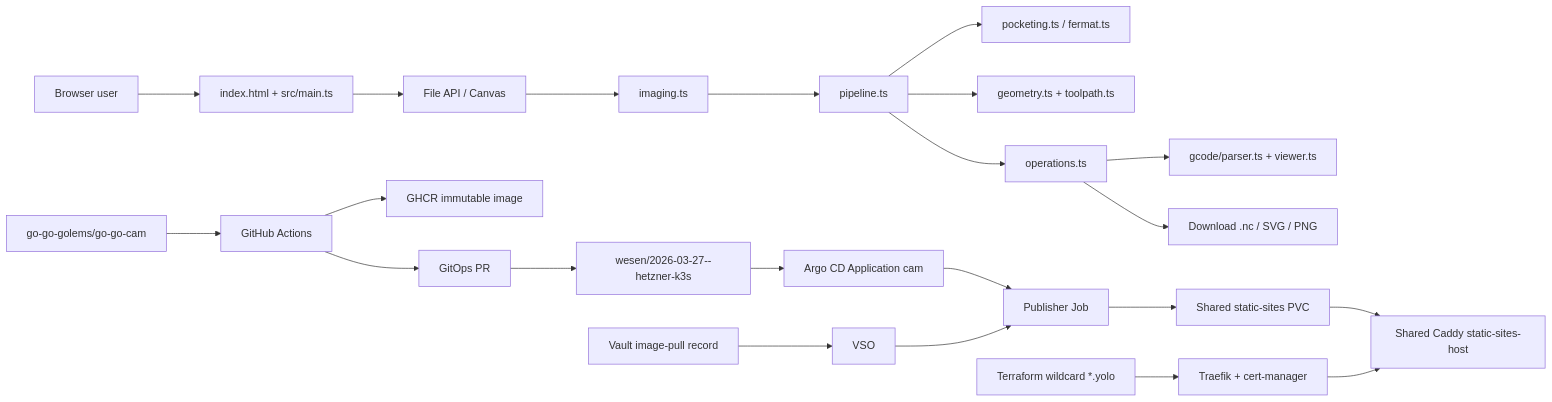
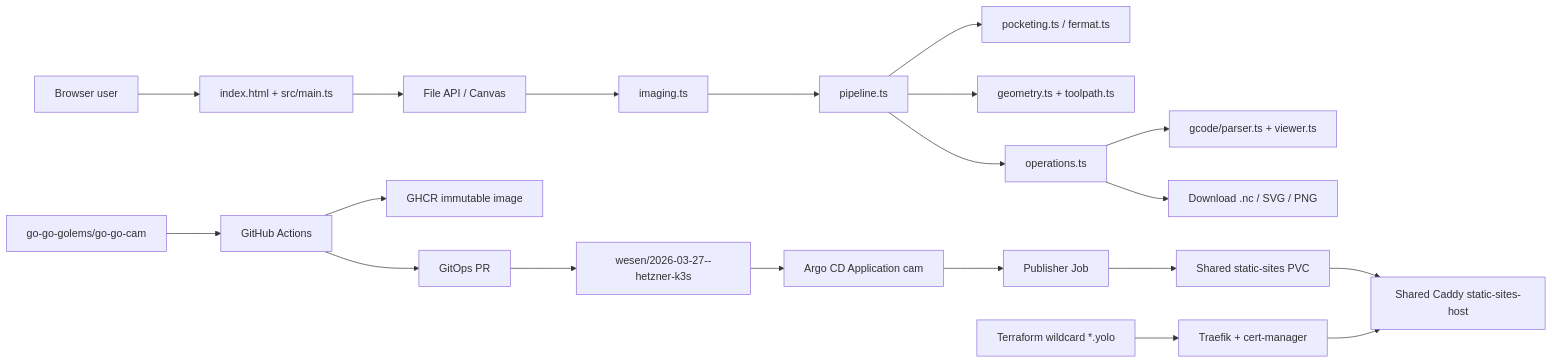
One commit to go-go-golems/go-go-cam changed the diagram in ttmp/2026/08/01/MILL-05--production-deployment-of-abs-bicolor-v-engraver-to-cam-yolo-scapegoat-dev/design-doc/01-production-deployment-design-and-implementation-guide.md. Above: the diagram before and after it, drawn with Mermaid. The commit also changed other lines of this file and 3 other files, not shown here.

````diff
--- a/ttmp/2026/08/01/MILL-05--production-deployment-of-abs-bicolor-v-engraver-to-cam-yolo-scapegoat-dev/design-doc/01-production-deployment-design-and-implementation-guide.md
+++ b/ttmp/2026/08/01/MILL-05--production-deployment-of-abs-bicolor-v-engraver-to-cam-yolo-scapegoat-dev/design-doc/01-production-deployment-design-and-implementation-guide.md
@@ -141,25 +141,23 @@
 ```mermaid
 flowchart LR
     USER[Browser user] --> UI[index.html + src/main.ts]
     UI --> FILE[File API / Canvas]
     FILE --> IMG[imaging.ts]
     IMG --> PIPE[pipeline.ts]
     PIPE --> POCKET[pocketing.ts / fermat.ts]
     PIPE --> DETAIL[geometry.ts + toolpath.ts]
     PIPE --> GCODE[operations.ts]
     GCODE --> VIEWER[gcode/parser.ts + viewer.ts]
     GCODE --> DOWNLOAD[Download .nc / SVG / PNG]
 
     SRC[go-go-golems/go-go-cam] --> CI[GitHub Actions]
     CI --> GHCR[GHCR immutable image]
     CI --> PR[GitOps PR]
     PR --> K3S[wesen/2026-03-27--hetzner-k3s]
     K3S --> ARGO[Argo CD Application cam]
     ARGO --> JOB[Publisher Job]
     JOB --> PVC[Shared static-sites PVC]
     PVC --> CADDY[Shared Caddy static-sites-host]
     DNS[Terraform wildcard *.yolo] --> TLS[Traefik + cert-manager]
     TLS --> CADDY
-    VAULT[Vault image-pull record] --> VSO[VSO]
-    VSO --> JOB
 ```
````
